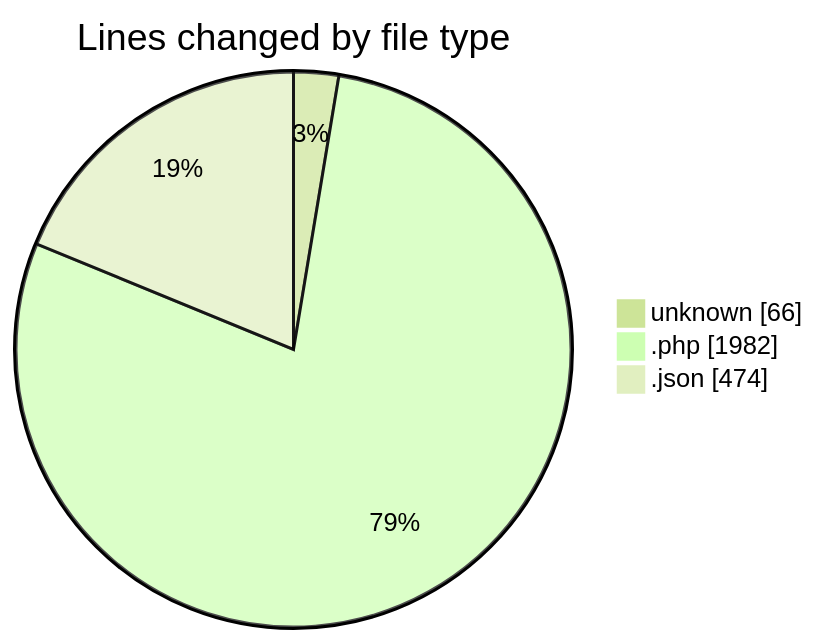
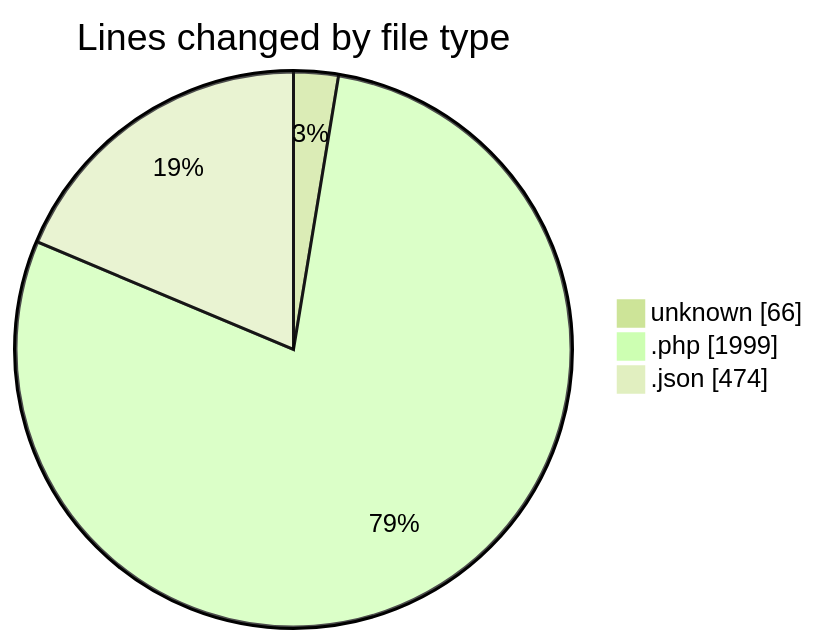
The first of 2 diagrams in 2025-05-27/studio-backend/README.md (idhammustaqopulfikri/code-tracking), drawn with Mermaid (forest theme) before and after one commit. The commit also changed other lines of this file and 1 other file, not shown here.

````diff
--- a/2025-05-27/studio-backend/README.md
+++ b/2025-05-27/studio-backend/README.md
@@ -53,7 +53,7 @@
 ```mermaid
 pie showData
 title Lines changed by file type
 "unknown" : 66
-".php" : 1982
+".php" : 1999
 ".json" : 474
 ```
````
